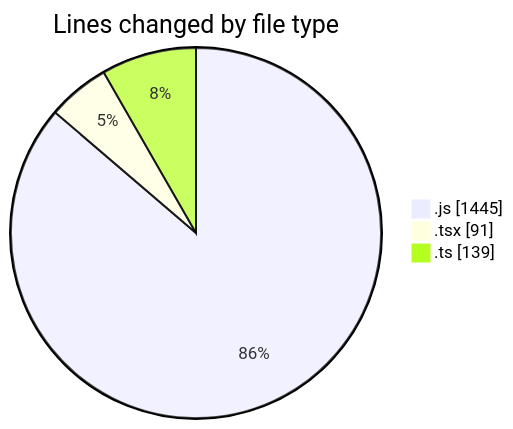
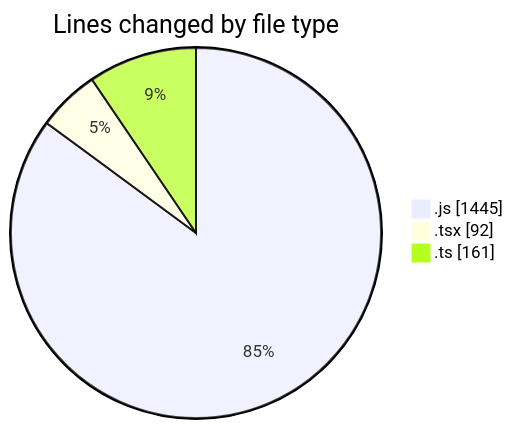
The first of 2 diagrams in 2025-03-13/cda/README.md (momahboobian/code-tracking), drawn with Mermaid before and after one commit. The commit also changed other lines of this file and 1 other file, not shown here.

````diff
--- a/2025-03-13/cda/README.md
+++ b/2025-03-13/cda/README.md
@@ -28,7 +28,7 @@
 ```mermaid
 pie showData
 title Lines changed by file type
 ".js" : 1445
-".tsx" : 91
-".ts" : 139
+".tsx" : 92
+".ts" : 161
 ```
````
